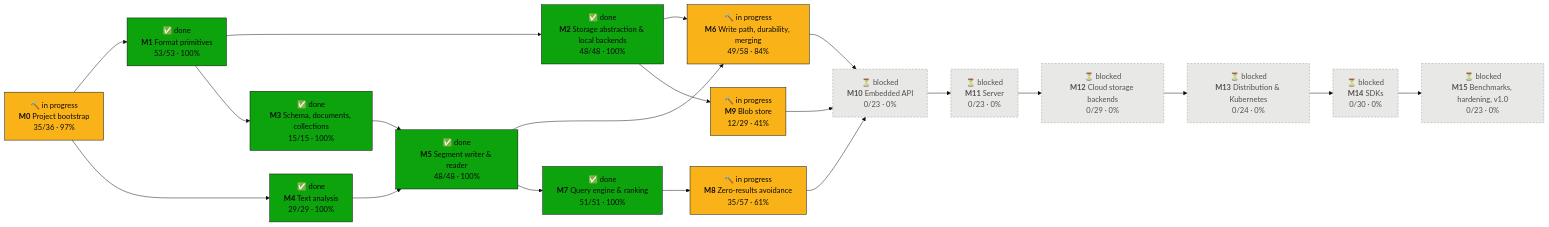
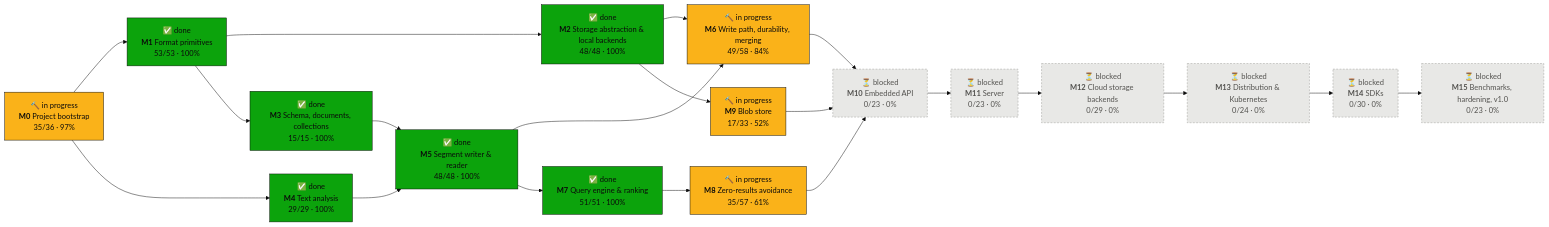
The first of 2 diagrams in PROGRESS.md (tomiok/persiaDB), drawn with Mermaid (base theme) before and after one commit. The commit also changed other lines of this file and 5 other files, not shown here.

First line of the commit message:
chore: rebase on #105: Miri skips for the pack store tests, ADR statuses, progress (ROADMAP 9.2)

````diff
--- a/PROGRESS.md
+++ b/PROGRESS.md
@@ -16,42 +16,42 @@
 ```mermaid
 flowchart LR
   M0["🔨 in progress<br/><b>M0</b> Project bootstrap<br/>35/36 · 97%"]:::doing
   M1["✅ done<br/><b>M1</b> Format primitives<br/>53/53 · 100%"]:::done
   M2["✅ done<br/><b>M2</b> Storage abstraction & local backends<br/>48/48 · 100%"]:::done
   M3["✅ done<br/><b>M3</b> Schema, documents, collections<br/>15/15 · 100%"]:::done
   M4["✅ done<br/><b>M4</b> Text analysis<br/>29/29 · 100%"]:::done
   M5["✅ done<br/><b>M5</b> Segment writer & reader<br/>48/48 · 100%"]:::done
   M6["🔨 in progress<br/><b>M6</b> Write path, durability, merging<br/>49/58 · 84%"]:::doing
   M7["✅ done<br/><b>M7</b> Query engine & ranking<br/>51/51 · 100%"]:::done
   M8["🔨 in progress<br/><b>M8</b> Zero-results avoidance<br/>35/57 · 61%"]:::doing
-  M9["🔨 in progress<br/><b>M9</b> Blob store<br/>12/29 · 41%"]:::doing
+  M9["🔨 in progress<br/><b>M9</b> Blob store<br/>17/33 · 52%"]:::doing
   M10["⏳ blocked<br/><b>M10</b> Embedded API<br/>0/23 · 0%"]:::blocked
   M11["⏳ blocked<br/><b>M11</b> Server<br/>0/23 · 0%"]:::blocked
   M12["⏳ blocked<br/><b>M12</b> Cloud storage backends<br/>0/29 · 0%"]:::blocked
   M13["⏳ blocked<br/><b>M13</b> Distribution & Kubernetes<br/>0/24 · 0%"]:::blocked
   M14["⏳ blocked<br/><b>M14</b> SDKs<br/>0/30 · 0%"]:::blocked
   M15["⏳ blocked<br/><b>M15</b> Benchmarks, hardening, v1.0<br/>0/23 · 0%"]:::blocked
   M0 --> M1
   M1 --> M2
   M1 --> M3
   M0 --> M4
   M3 --> M5
   M4 --> M5
   M2 --> M6
   M5 --> M6
   M5 --> M7
   M7 --> M8
   M2 --> M9
   M6 --> M10
   M8 --> M10
   M9 --> M10
   M10 --> M11
   M11 --> M12
   M12 --> M13
   M13 --> M14
   M14 --> M15
   classDef done fill:#0ca30c,stroke:#0b0b0b,color:#0b0b0b
   classDef doing fill:#fab219,stroke:#0b0b0b,color:#0b0b0b
   classDef ready fill:#fcfcfb,stroke:#0b0b0b,stroke-width:2px,color:#0b0b0b
   classDef blocked fill:#e8e8e6,stroke:#9a9a96,stroke-dasharray:4 3,color:#52514e
 ```
````
